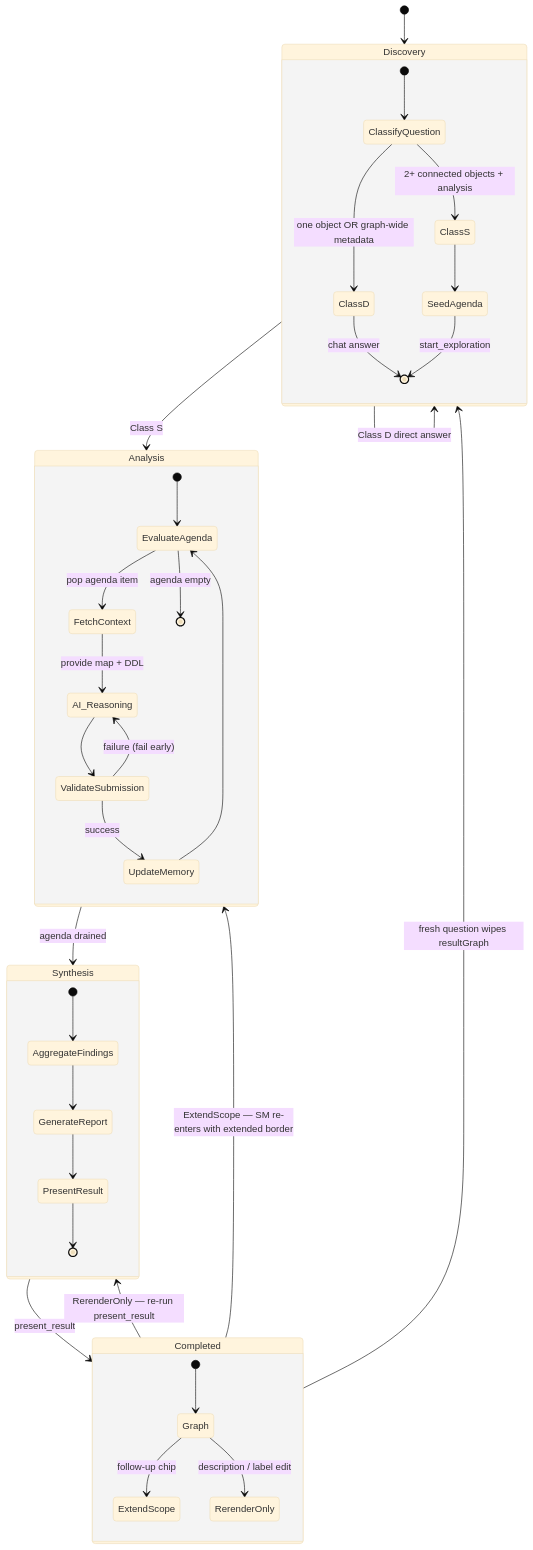
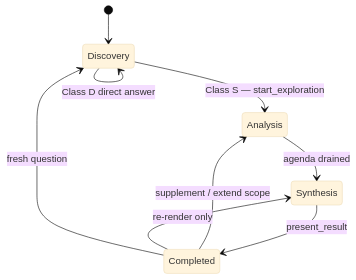
The fifth of 6 diagrams in docs/ARCHITECTURE.md (ChrisDevRepo/vscode_data_lineage), drawn with Mermaid (base theme) before and after one commit. The commit also changed other lines of this file and 9 other files, not shown here.

First line of the commit message:
docs+chore: update prompt-architecture references for sections schema

````diff
--- a/docs/ARCHITECTURE.md
+++ b/docs/ARCHITECTURE.md
@@ -183,40 +232,11 @@
 ```mermaid
 stateDiagram-v2
     [*] --> Discovery
-    state Discovery {
-        [*] --> ClassifyQuestion
-        ClassifyQuestion --> ClassD: one object OR graph-wide metadata
-        ClassifyQuestion --> ClassS: 2+ connected objects + analysis
-        ClassD --> [*]: chat answer
-        ClassS --> SeedAgenda
-        SeedAgenda --> [*]: start_exploration
-    }
-    Discovery --> Analysis: Class S
     Discovery --> Discovery: Class D direct answer
-    state Analysis {
-        [*] --> EvaluateAgenda
-        EvaluateAgenda --> FetchContext: pop agenda item
-        FetchContext --> AI_Reasoning: provide map + DDL
-        AI_Reasoning --> ValidateSubmission
-        ValidateSubmission --> UpdateMemory: success
-        ValidateSubmission --> AI_Reasoning: failure (fail early)
-        UpdateMemory --> EvaluateAgenda
-        EvaluateAgenda --> [*]: agenda empty
-    }
+    Discovery --> Analysis: Class S — start_exploration
     Analysis --> Synthesis: agenda drained
-    state Synthesis {
-        [*] --> AggregateFindings
-        AggregateFindings --> GenerateReport
-        GenerateReport --> PresentResult
-        PresentResult --> [*]
-    }
     Synthesis --> Completed: present_result
-    state Completed {
-        [*] --> Graph
-        Graph --> ExtendScope: follow-up chip
-        Graph --> RerenderOnly: description / label edit
-    }
-    Completed --> Analysis: ExtendScope — SM re-enters with extended border
-    Completed --> Synthesis: RerenderOnly — re-run present_result
-    Completed --> Discovery: fresh question wipes resultGraph
+    Completed --> Analysis: supplement / extend scope
+    Completed --> Synthesis: re-render only
+    Completed --> Discovery: fresh question
 ```
````
